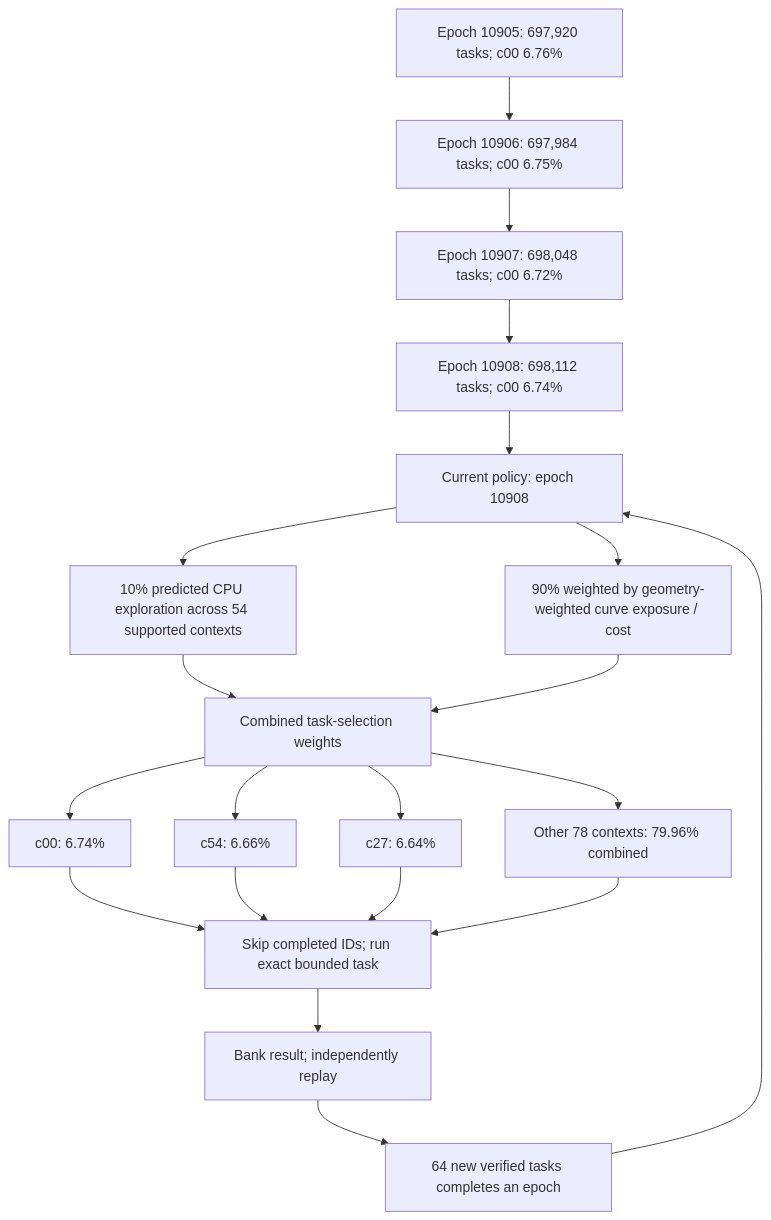
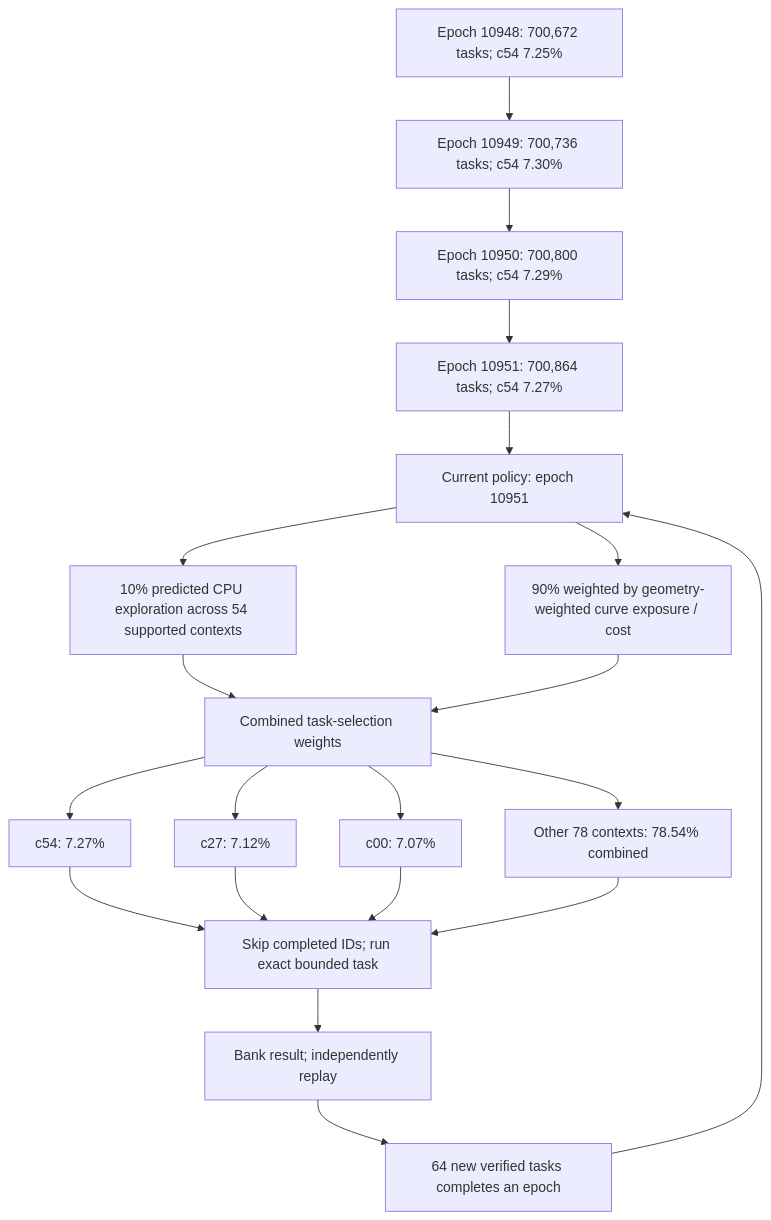
The first of 4 diagrams in README.md (Kuberwastaken/math-gambling), drawn with Mermaid before and after one commit. The commit also changed other lines of this file and 48275 other files, not shown here.

````diff
--- a/README.md
+++ b/README.md
@@ -60,27 +60,27 @@
 ```mermaid
 flowchart TD
-    H0["Epoch 10905: 697,920 tasks; c00 6.76%"]
-    H1["Epoch 10906: 697,984 tasks; c00 6.75%"]
+    H0["Epoch 10948: 700,672 tasks; c54 7.25%"]
+    H1["Epoch 10949: 700,736 tasks; c54 7.30%"]
     H0 --> H1
-    H2["Epoch 10907: 698,048 tasks; c00 6.72%"]
+    H2["Epoch 10950: 700,800 tasks; c54 7.29%"]
     H1 --> H2
-    H3["Epoch 10908: 698,112 tasks; c00 6.74%"]
+    H3["Epoch 10951: 700,864 tasks; c54 7.27%"]
     H2 --> H3
-    Policy["Current policy: epoch 10908"]
+    Policy["Current policy: epoch 10951"]
     H3 --> Policy
     Policy --> Explore["10% predicted CPU exploration across 54 supported contexts"]
     Policy --> Cost["90% weighted by geometry-weighted curve exposure / cost"]
     Explore --> Mix["Combined task-selection weights"]
     Cost --> Mix
-    Mix --> C0["c00: 6.74%"]
-    Mix --> C1["c54: 6.66%"]
-    Mix --> C2["c27: 6.64%"]
-    Mix --> Rest["Other 78 contexts: 79.96% combined"]
+    Mix --> C0["c54: 7.27%"]
+    Mix --> C1["c27: 7.12%"]
+    Mix --> C2["c00: 7.07%"]
+    Mix --> Rest["Other 78 contexts: 78.54% combined"]
     C0 --> Check["Skip completed IDs; run exact bounded task"]
     C1 --> Check
     C2 --> Check
     Rest --> Check
     Check --> Replay["Bank result; independently replay"]
     Replay --> Gate["64 new verified tasks completes an epoch"]
     Gate --> Policy
 ```
````
